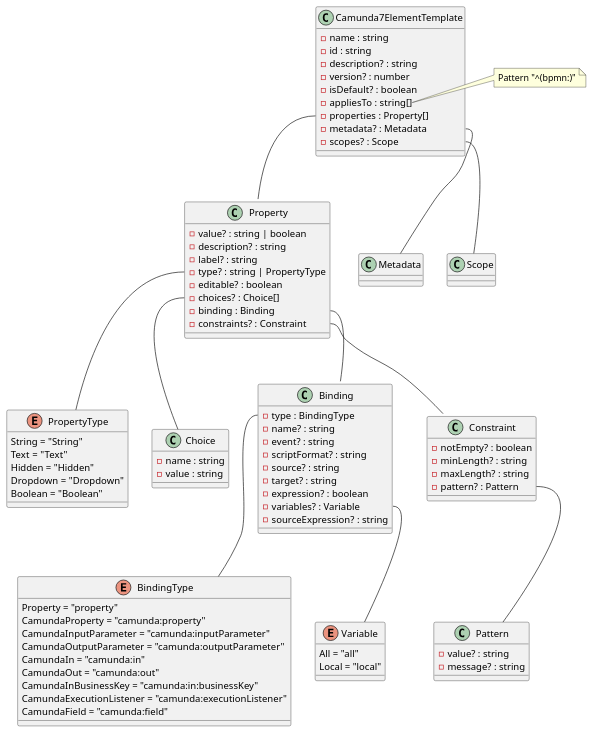
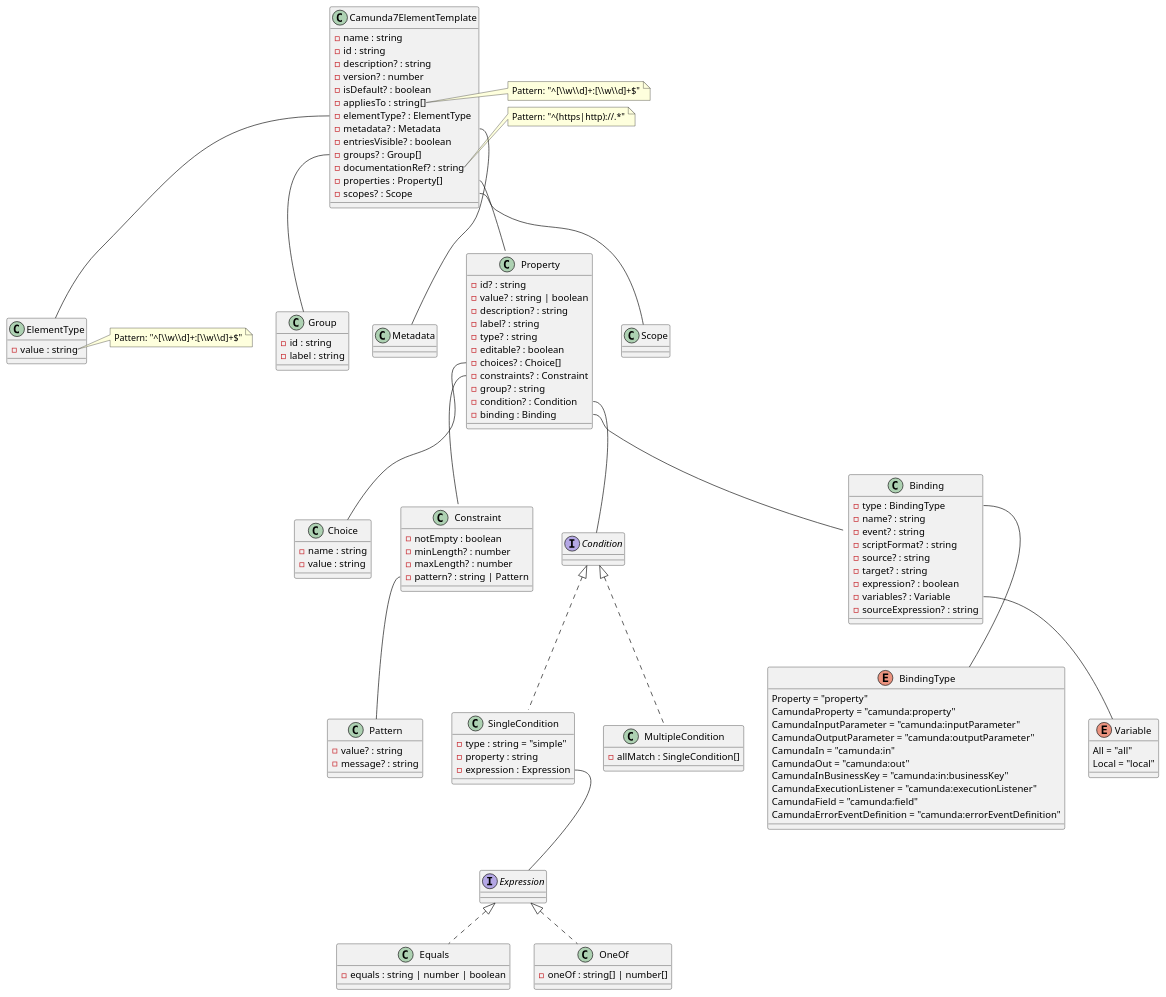
The diagram in apps/miranum-bpmn-modeler-webview/uml/Camunda7ElementTemplate.puml (Miragon/miranum-ide), drawn with PlantUML before and after one commit. The commit also changed 18 other files, not shown here.

```diff
--- a/apps/miranum-bpmn-modeler-webview/uml/Camunda7ElementTemplate.puml
+++ b/apps/miranum-bpmn-modeler-webview/uml/Camunda7ElementTemplate.puml
@@ -1,95 +1,135 @@
 @startuml
 class Camunda7ElementTemplate {
     - name : string
     - id : string
     - description? : string
     - version? : number
     - isDefault? : boolean
     - appliesTo : string[]
+    - elementType? : ElementType
+    - metadata? : Metadata
+    - entriesVisible? : boolean
+    - groups? : Group[]
+    - documentationRef? : string
     - properties : Property[]
-    - metadata? : Metadata
     - scopes? : Scope
 }
 note right of Camunda7ElementTemplate::appliesTo
-    Pattern "^(bpmn:)"
+    Pattern: "^[\\w\\d]+:[\\w\\d]+$"
 end note
+note right of Camunda7ElementTemplate::documentationRef
+    Pattern: "^(https|http)://.*"
+end note
+Camunda7ElementTemplate::elementType -- ElementType
+Camunda7ElementTemplate::groups -- Group
+Camunda7ElementTemplate::metadata -- Metadata
 Camunda7ElementTemplate::properties -- Property
-Camunda7ElementTemplate::metadata -- Metadata
 Camunda7ElementTemplate::scopes -- Scope
 
+class ElementType {
+    - value : string
+}
+note right of ElementType::value
+    Pattern: "^[\\w\\d]+:[\\w\\d]+$"
+end note
+
+class Metadata {}
+
+class Group {
+    - id : string
+    - label : string
+}
+
 class Property {
+    - id? : string
     - value? : string | boolean
     - description? : string
     - label? : string
-    - type? : string | PropertyType
+    - type? : string
     - editable? : boolean
     - choices? : Choice[]
+    - constraints? : Constraint
+    - group? : string
+    - condition? : Condition
     - binding : Binding
-    - constraints? : Constraint
 }
-Property::type -- PropertyType
 Property::choices -- Choice
+Property::constraints -- Constraint
+Property::condition -- Condition
 Property::binding -- Binding
-Property::constraints -- Constraint
-
-class Metadata {}
 
 class Scope {}
-
-enum PropertyType {
-    String = "String"
-    Text = "Text"
-    Hidden = "Hidden"
-    Dropdown = "Dropdown"
-    Boolean = "Boolean"
-}
 
 class Choice {
     - name : string
     - value : string
+}
+
+class Constraint {
+    - notEmpty : boolean
+    - minLength? : number
+    - maxLength? : number
+    - pattern? : string | Pattern
+}
+Constraint::pattern -- Pattern
+
+class Pattern {
+    - value? : string
+    - message? : string
+}
+
+interface Condition {}
+
+class SingleCondition implements Condition {
+    - type : string = "simple"
+    - property : string
+    - expression : Expression
+}
+SingleCondition::expression -- Expression
+
+class MultipleCondition implements Condition {
+    - allMatch : SingleCondition[]
+}
+
+interface Expression {}
+
+class Equals implements Expression {
+    - equals : string | number | boolean
+}
+
+class OneOf implements Expression {
+    - oneOf : string[] | number[]
 }
 
 class Binding {
     - type : BindingType
     - name? : string
     - event? : string
     - scriptFormat? : string
     - source? : string
     - target? : string
     - expression? : boolean
     - variables? : Variable
     - sourceExpression? : string
 }
 Binding::type -- BindingType
 Binding::variables -- Variable
 
 enum BindingType {
     Property = "property"
     CamundaProperty = "camunda:property"
     CamundaInputParameter = "camunda:inputParameter"
     CamundaOutputParameter = "camunda:outputParameter"
     CamundaIn = "camunda:in"
     CamundaOut = "camunda:out"
     CamundaInBusinessKey = "camunda:in:businessKey"
     CamundaExecutionListener = "camunda:executionListener"
     CamundaField = "camunda:field"
+    CamundaErrorEventDefinition = "camunda:errorEventDefinition"
 }
 
 enum Variable {
     All = "all"
     Local = "local"
 }
-
-class Constraint {
-    - notEmpty? : boolean
-    - minLength? : string
-    - maxLength? : string
-    - pattern? : Pattern
-}
-Constraint::pattern -- Pattern
-
-class Pattern {
-    - value? : string
-    - message? : string
-}
 @enduml
```
